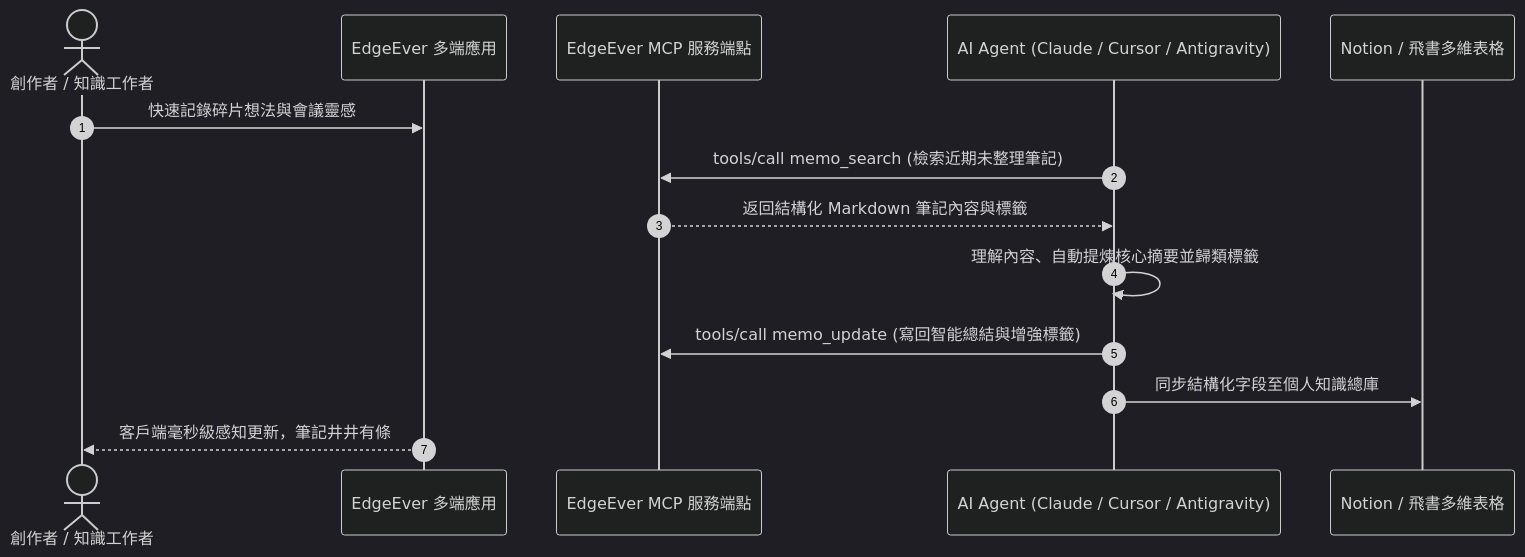
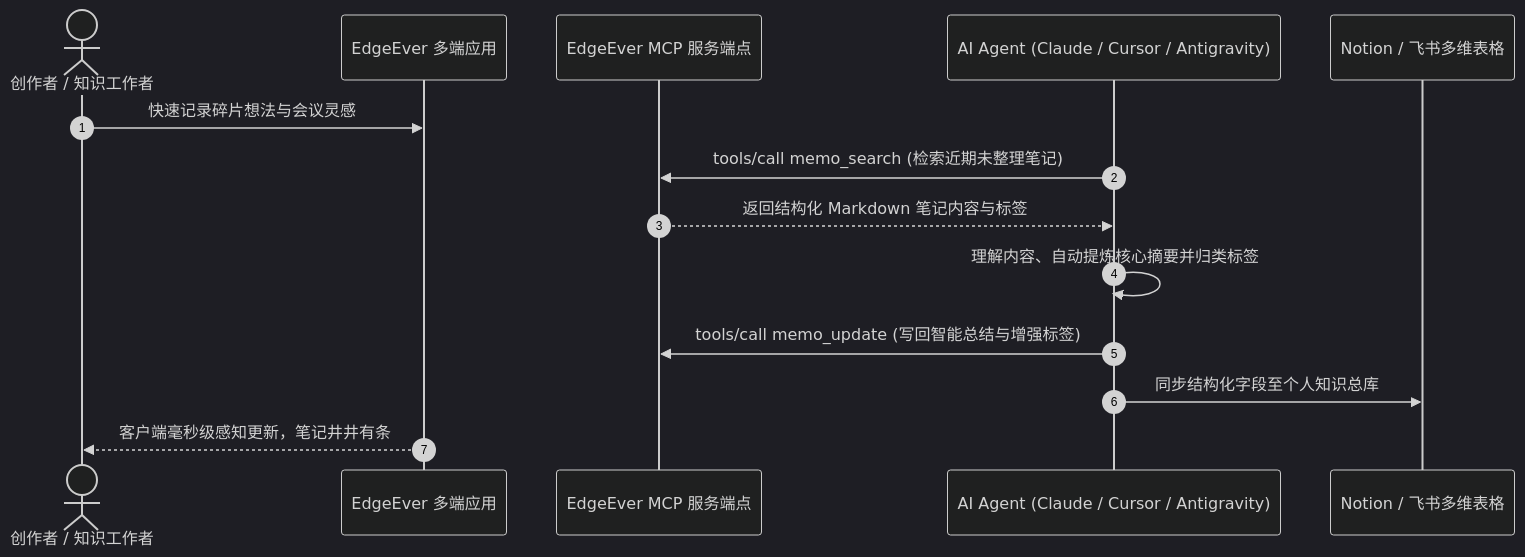
The second of 2 diagrams in docs/demo-sample-note.zh-CN.md (changchichung/edgeever), drawn with Mermaid (dark theme) before and after one commit. The commit also changed other lines of this file and 132 other files, not shown here.

First line of the commit message:
chore: update EdgeEver from v1.39.0

````diff
--- a/docs/demo-sample-note.zh-CN.md
+++ b/docs/demo-sample-note.zh-CN.md
@@ -112,17 +112,17 @@
 ```mermaid
 sequenceDiagram
     autonumber
-    actor User as 創作者 / 知識工作者
-    participant Client as EdgeEver 多端應用
-    participant MCP as EdgeEver MCP 服務端點
+    actor User as 创作者 / 知识工作者
+    participant Client as EdgeEver 多端应用
+    participant MCP as EdgeEver MCP 服务端点
     participant Agent as AI Agent (Claude / Cursor / Antigravity)
-    participant Database as Notion / 飛書多維表格
+    participant Database as Notion / 飞书多维表格
 
-    User->>Client: 快速記錄碎片想法與會議靈感
-    Agent->>MCP: tools/call memo_search (檢索近期未整理筆記)
-    MCP-->>Agent: 返回結構化 Markdown 筆記內容與標籤
-    Agent->>Agent: 理解內容、自動提煉核心摘要並歸類標籤
-    Agent->>MCP: tools/call memo_update (寫回智能總結與增強標籤)
-    Agent->>Database: 同步結構化字段至個人知識總庫
-    Client-->>User: 客戶端毫秒級感知更新，筆記井井有條
+    User->>Client: 快速记录碎片想法与会议灵感
+    Agent->>MCP: tools/call memo_search (检索近期未整理笔记)
+    MCP-->>Agent: 返回结构化 Markdown 笔记内容与标签
+    Agent->>Agent: 理解内容、自动提炼核心摘要并归类标签
+    Agent->>MCP: tools/call memo_update (写回智能总结与增强标签)
+    Agent->>Database: 同步结构化字段至个人知识总库
+    Client-->>User: 客户端毫秒级感知更新，笔记井井有条
 ```
````
